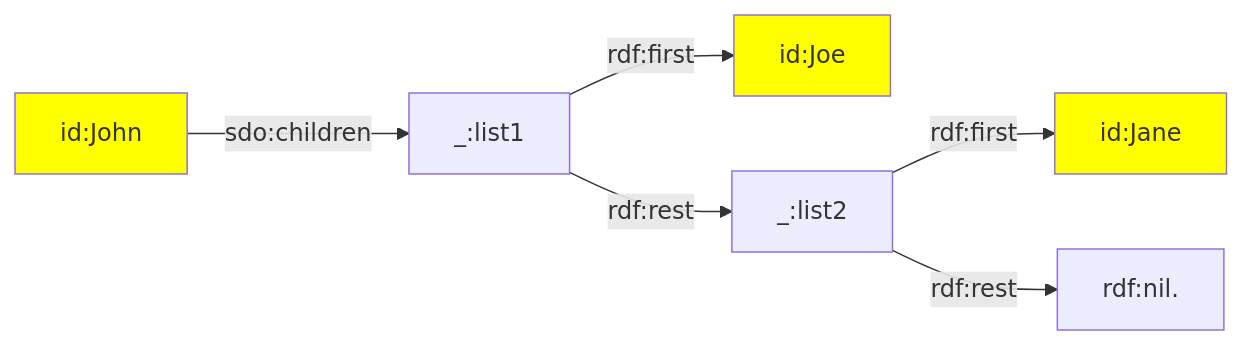
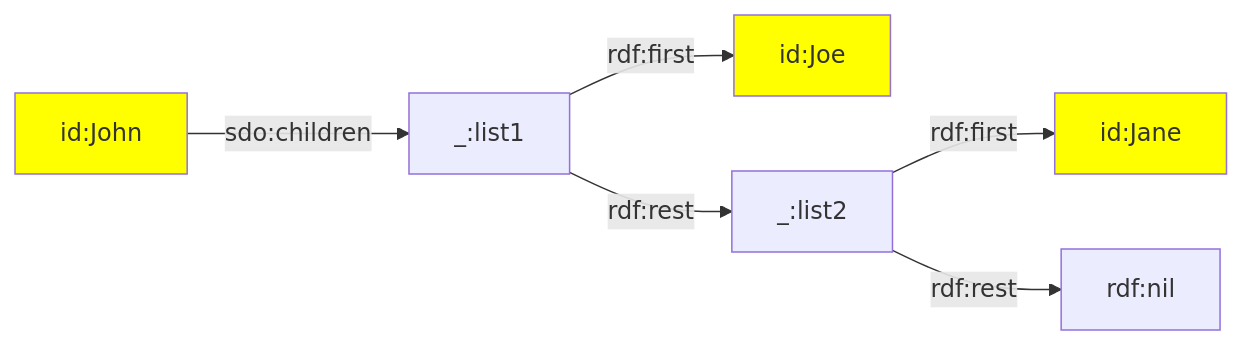
The fifth of 9 diagrams in docs/triply-etl/assert/ratt/index.md (TriplyDB/Documentation), drawn with Mermaid before and after one commit. The commit also changed other lines of this file, not shown here.

Commit message:
Updated lists() docs

````diff
--- a/docs/triply-etl/assert/ratt/index.md
+++ b/docs/triply-etl/assert/ratt/index.md
@@ -335,16 +335,16 @@
 ```mermaid
 graph LR
 john -- sdo:children --> _:list1
 
 _:list1 -- rdf:first --> joe
 _:list1 --  rdf:rest -->  _:list2
 
 _:list2 -- rdf:first -->  jane
-_:list2 -- rdf:rest --> rdf:nil.
+_:list2 -- rdf:rest --> rdf:nil
 
   john[id:John]:::data
   joe[id:Joe]:::data
   jane[id:Jane]:::data
 
   classDef data fill:yellow
 ```
````
